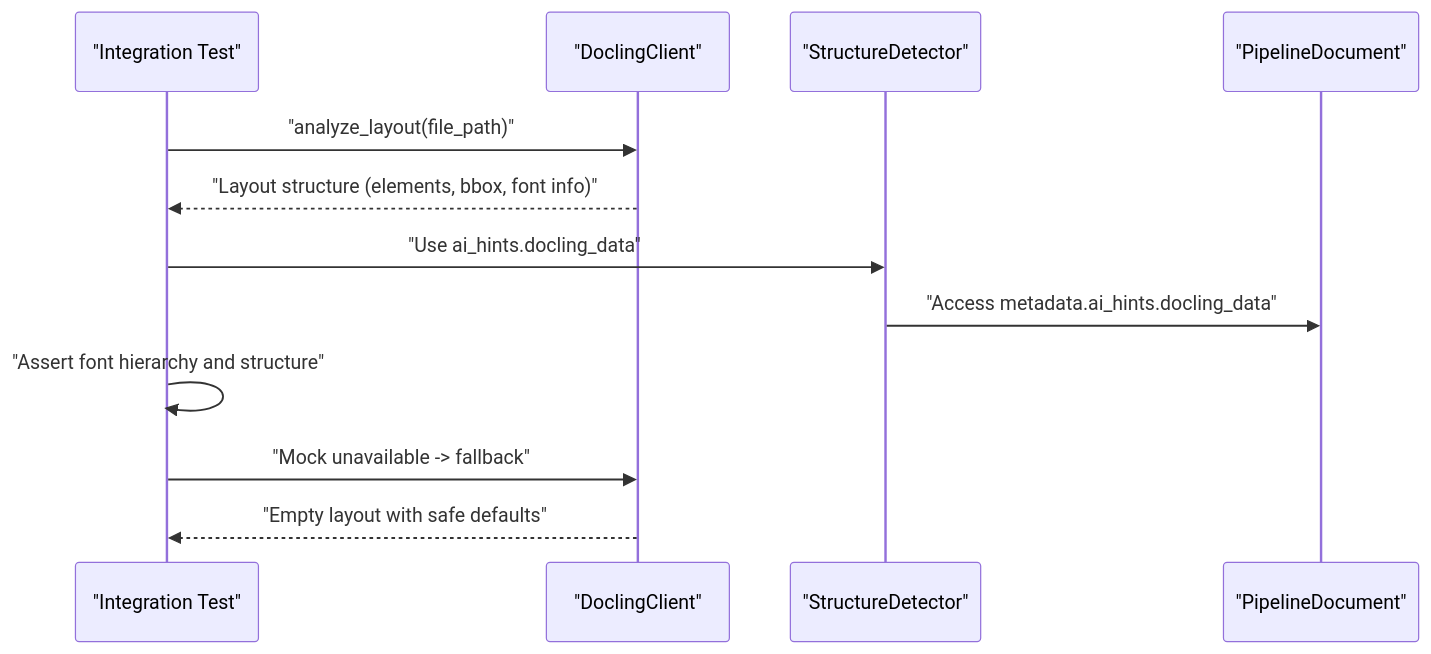
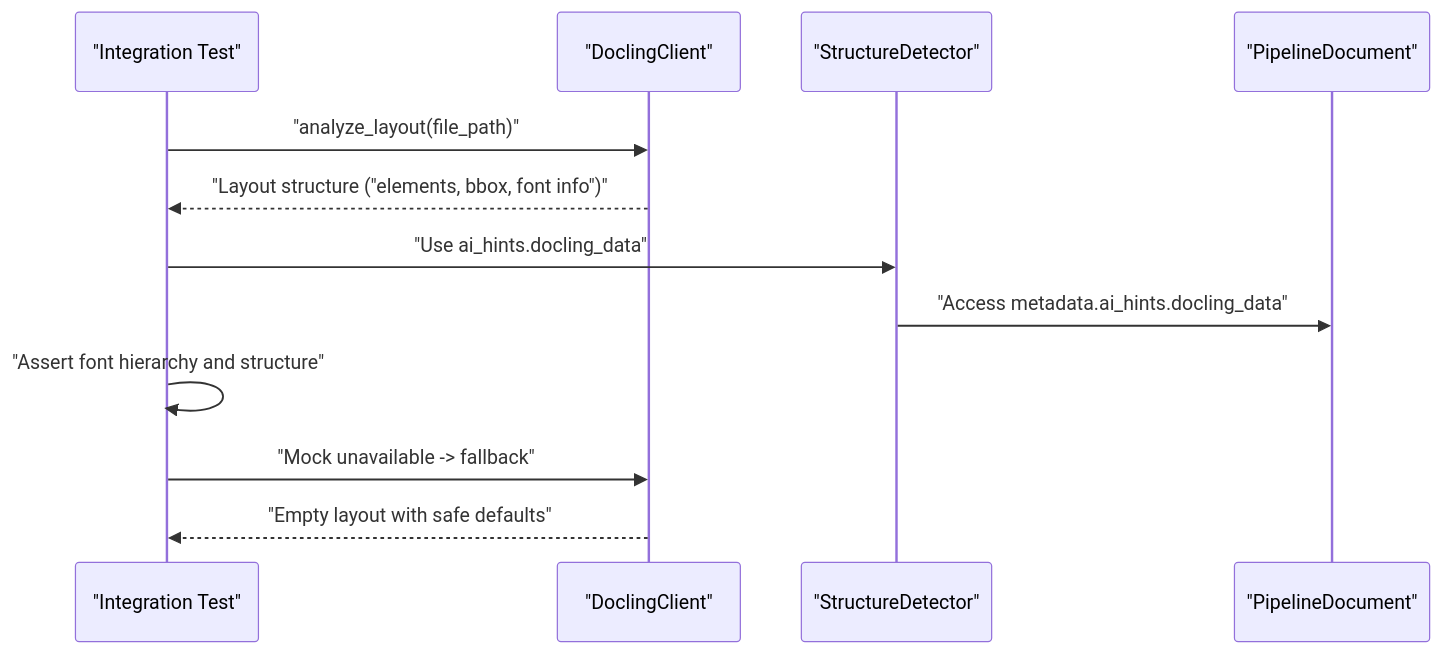
Before and after one commit to rohitkumarnaidu/ScholarFormAI: the sixth of 9 diagrams in docs/docs/knowledge/Testing Strategy/Backend Testing/Integration Testing.md, drawn with Mermaid. The commit also changed other lines of this file and 611 other files, not shown here.

````diff
--- a/docs/docs/knowledge/Testing Strategy/Backend Testing/Integration Testing.md
+++ b/docs/docs/knowledge/Testing Strategy/Backend Testing/Integration Testing.md
@@ -267,14 +267,14 @@
 ```mermaid
 sequenceDiagram
 participant IT as "Integration Test"
 participant DC as "DoclingClient"
 participant SD as "StructureDetector"
 participant PD as "PipelineDocument"
 IT->>DC : "analyze_layout(file_path)"
-DC-->>IT : "Layout structure (elements, bbox, font info)"
+DC-->>IT : "Layout structure ("elements, bbox, font info")"
 IT->>SD : "Use ai_hints.docling_data"
 SD->>PD : "Access metadata.ai_hints.docling_data"
 IT->>IT : "Assert font hierarchy and structure"
 IT->>DC : "Mock unavailable -> fallback"
 DC-->>IT : "Empty layout with safe defaults"
 ```
````
